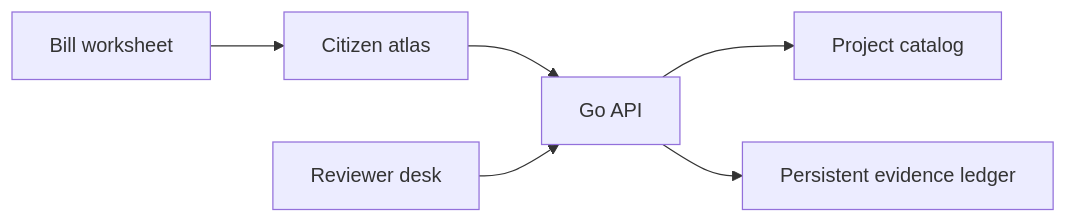
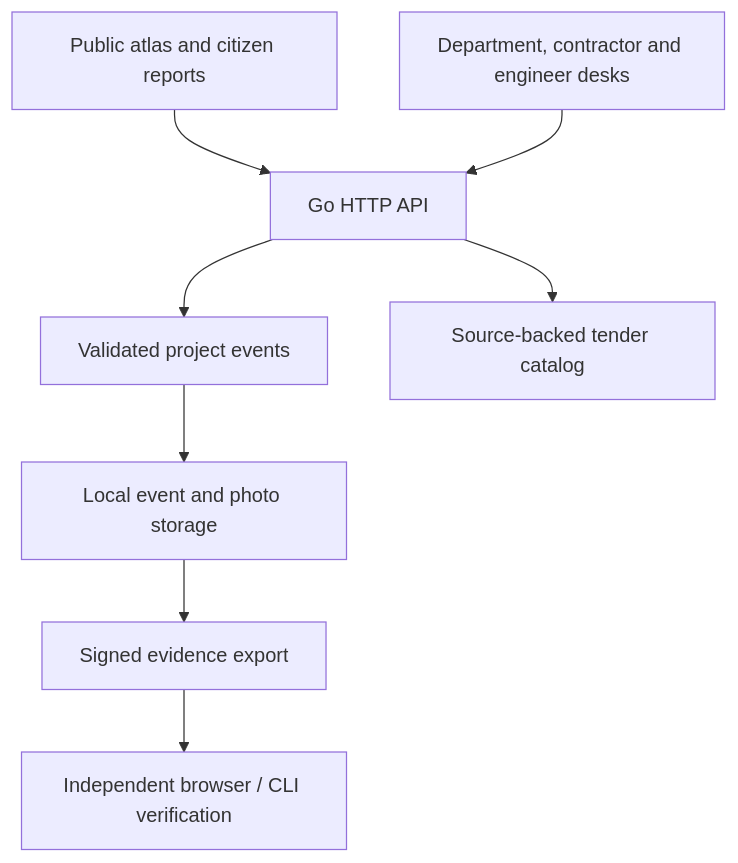
The diagram in README.md (atharvtamboli/nirikshan_ai), drawn with Mermaid before and after one commit. The commit also changed other lines of this file and 15 other files, not shown here.

Commit message:
Finish showcase-ready Nirikshan demo with full lifecycle, independent verification and project presentation

````diff
--- a/README.md
+++ b/README.md
@@ -22,8 +78,10 @@
 ```mermaid
-flowchart LR
-    A[Citizen atlas] --> B[Go API]
-    C[Reviewer desk] --> B
-    D[Bill worksheet] --> A
-    B --> E[Project catalog]
-    B --> F[Persistent evidence ledger]
+flowchart TD
+    A["Public atlas and citizen reports"] --> B["Go HTTP API"]
+    C["Department, contractor and engineer desks"] --> B
+    B --> D["Validated project events"]
+    B --> E["Source-backed tender catalog"]
+    D --> F["Local event and photo storage"]
+    F --> G["Signed evidence export"]
+    G --> H["Independent browser / CLI verification"]
 ```
````
